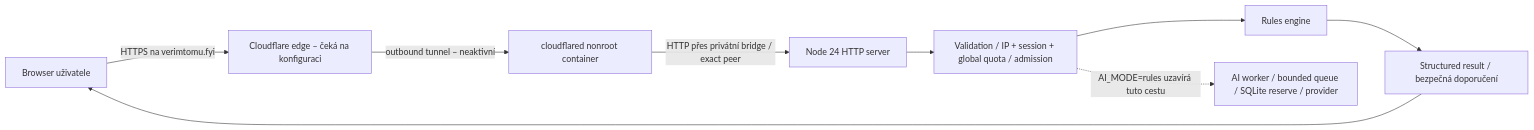
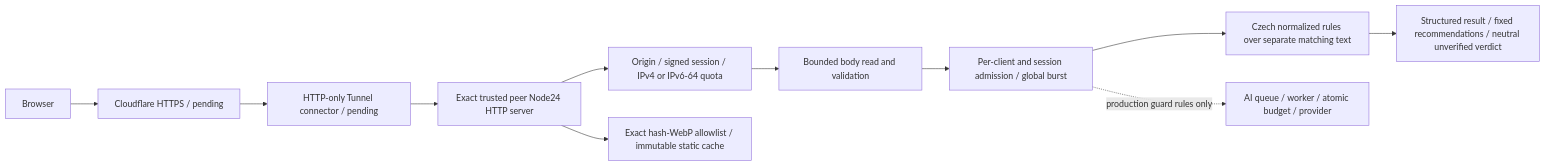
Before and after one commit to PatrikPortes/AIGuard: the diagram in docs/security/INDEPENDENT_REVIEW_PACKAGE.md, drawn with Mermaid. The commit also changed other lines of this file and 182 other files, not shown here.

````diff
--- a/docs/security/INDEPENDENT_REVIEW_PACKAGE.md
+++ b/docs/security/INDEPENDENT_REVIEW_PACKAGE.md
@@ -18,11 +20,13 @@
 ```mermaid
 flowchart LR
-  U[Browser uživatele] -->|HTTPS na verimtomu.fyi| CF[Cloudflare edge – čeká na konfiguraci]
-  CF -->|outbound tunnel – neaktivní| C[cloudflared nonroot container]
-  C -->|HTTP přes privátní bridge / exact peer| H[Node 24 HTTP server]
-  H --> V[Validation / IP + session + global quota / admission]
-  V --> R[Rules engine]
-  R --> S[Structured result / bezpečná doporučení]
-  S --> U
-  V -. AI_MODE=rules uzavírá tuto cestu .-> A[AI worker / bounded queue / SQLite reserve / provider]
+  B[Browser] --> C[Cloudflare HTTPS / pending]
+  C --> T[HTTP-only Tunnel connector / pending]
+  T --> H[Exact trusted peer Node24 HTTP server]
+  H --> V[Origin / signed session / IPv4 or IPv6-64 quota]
+  V --> R[Bounded body read and validation]
+  R --> A[Per-client and session admission / global burst]
+  A --> E[Czech normalized rules over separate matching text]
+  E --> S[Structured result / fixed recommendations / neutral unverified verdict]
+  H --> D[Exact hash-WebP allowlist / immutable static cache]
+  A -. production guard rules only .-> F[AI queue / worker / atomic budget / provider]
 ```
````
